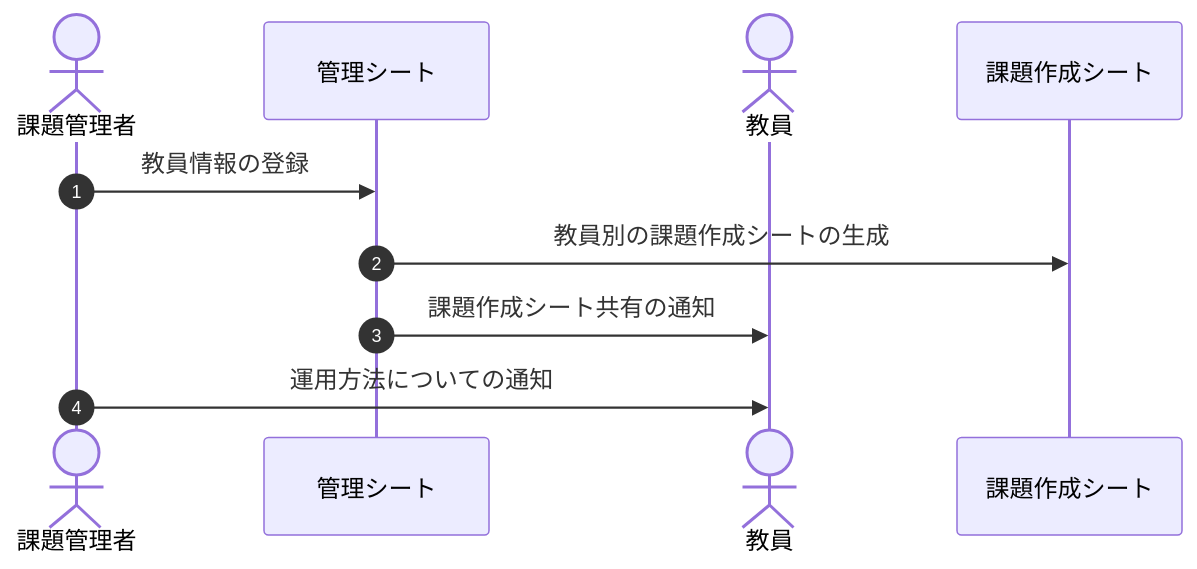
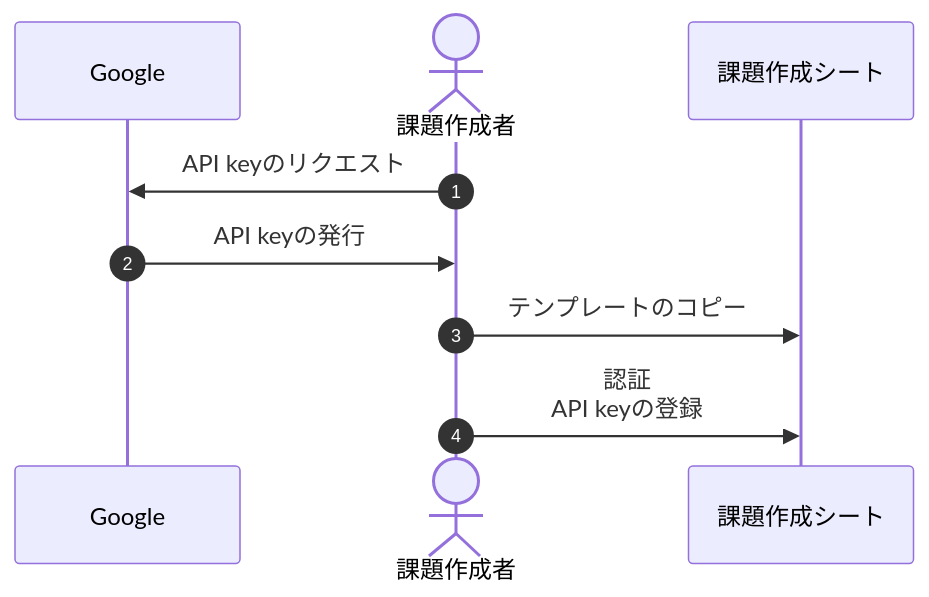
Before and after one commit to YujiSue/sAIten: the second of 3 diagrams in README_JA.md, drawn with Mermaid. The commit also changed other lines of this file and 11 other files, not shown here.

````diff
--- a/README_JA.md
+++ b/README_JA.md
@@ -72,14 +150,13 @@
 ```mermaid
 sequenceDiagram
     autonumber
-    actor Manager as 課題管理者
-    participant Control as 管理シート
-    actor Author as 教員
+    participant Google as Google
+    actor Author as 課題作成者
     participant Main as 課題作成シート
-
-    Manager->>Control: 教員情報の登録
-    Control->>Main: 教員別の課題作成シートの生成
-    Control->>Author: 課題作成シート共有の通知
-    Manager->>Author: 運用方法についての通知
+    
+    Author->>Google: API keyのリクエスト
+    Google->>Author: API keyの発行
+    Author->>Main: テンプレートのコピー
+    Author->>Main: 認証<br/>API keyの登録
     
 ```
````
